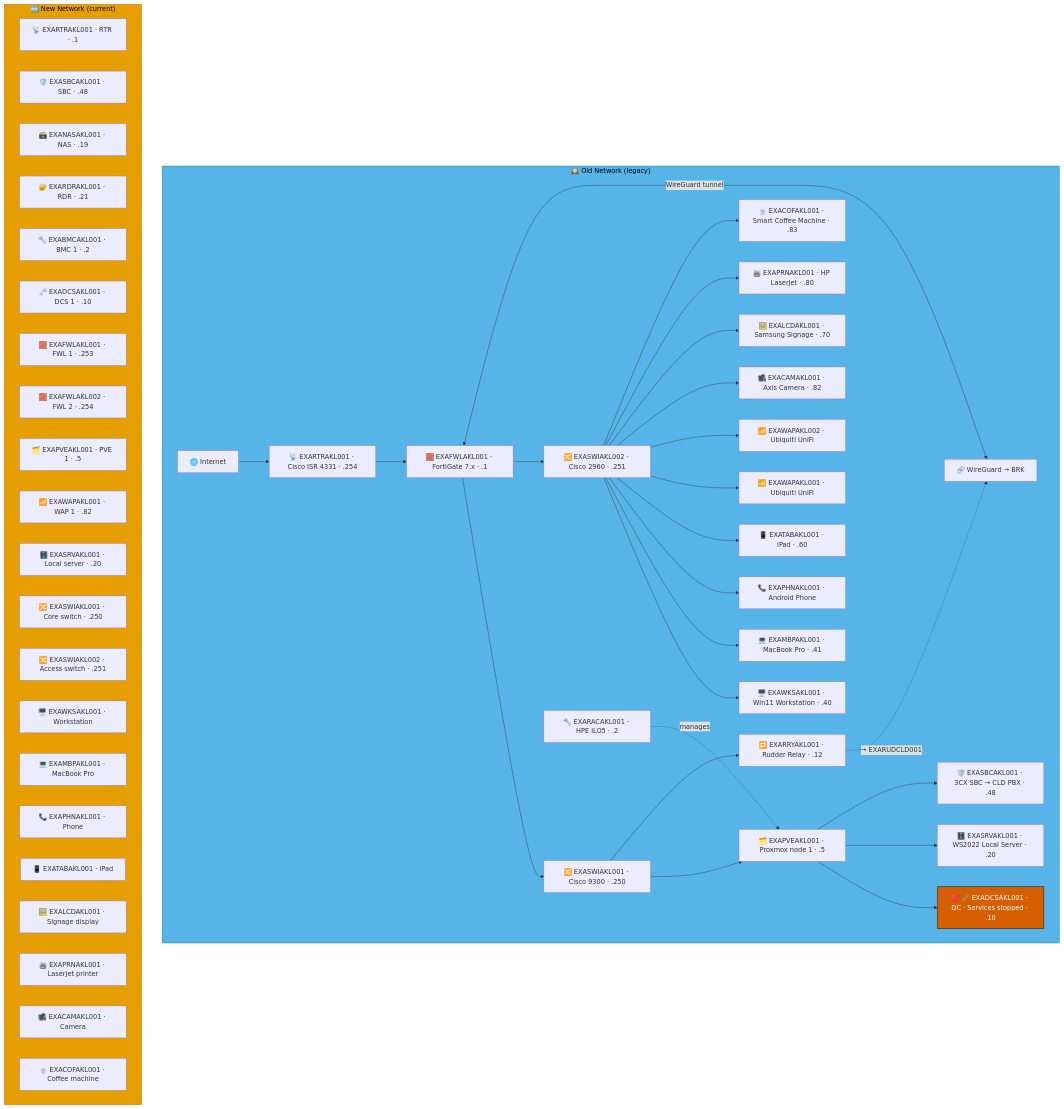
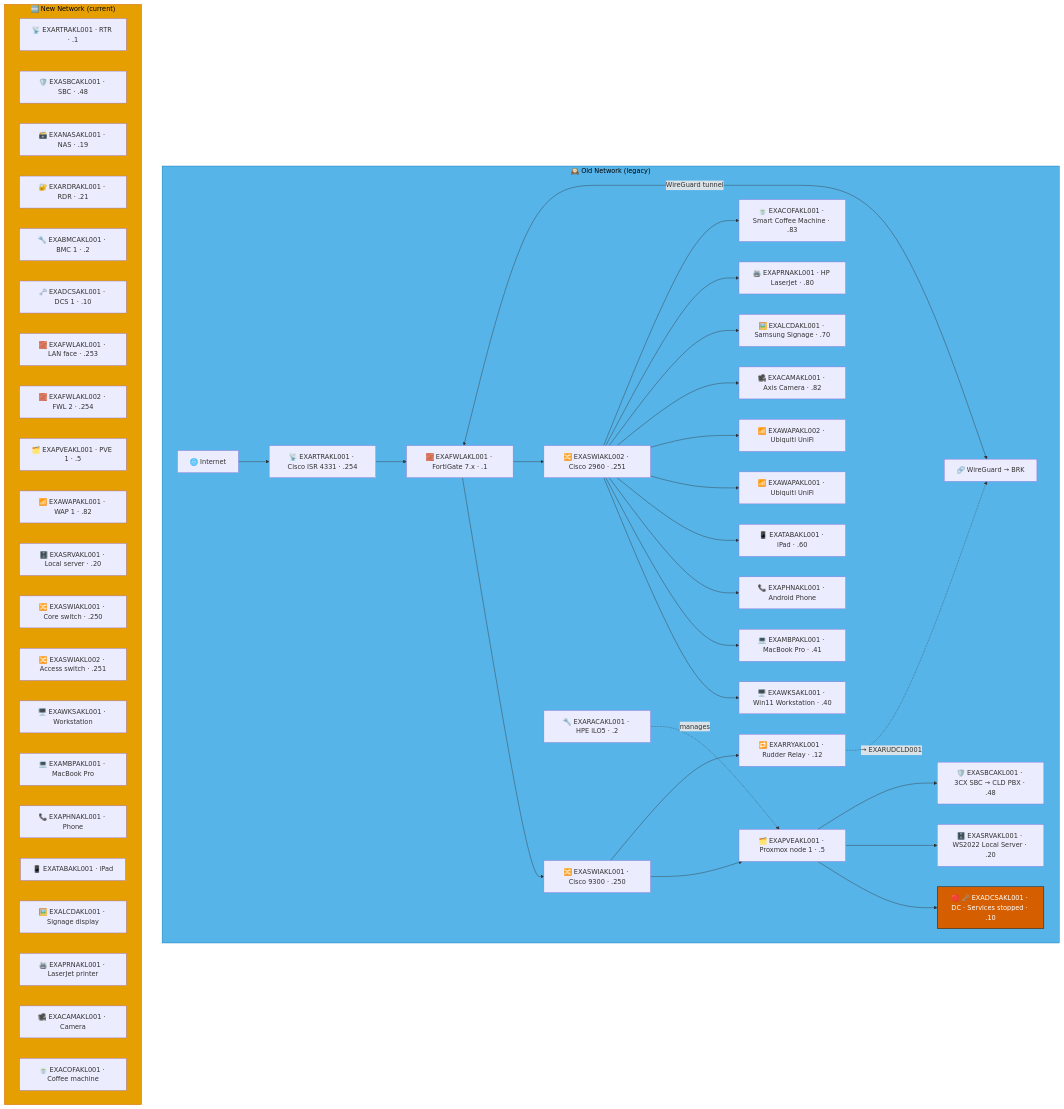
The diagram in docs/network-diagram/new-zealand.md (knightmare2600/example_music_infra), drawn with Mermaid before and after one commit. The commit also changed 17 other files, not shown here.

````diff
--- a/docs/network-diagram/new-zealand.md
+++ b/docs/network-diagram/new-zealand.md
@@ -17,66 +17,66 @@
 ```mermaid
 graph TD
     subgraph OLD_AKL ["🕰️ Old Network (legacy)"]
       INET["🌐 Internet"]
       FWL["🧱 EXAFWLAKL001 · FortiGate 7.x · .1"]
       SW1["🔀 EXASWIAKL001 · Cisco 9300 · .250"]
       SW2["🔀 EXASWIAKL002 · Cisco 2960 · .251"]
       RTR["📡 EXARTRAKL001 · Cisco ISR 4331 · .254"]
       RAC["🔧 EXARACAKL001 · HPE iLO5 · .2"]
       PVE["🗂️ EXAPVEAKL001 · Proxmox node 1 · .5"]
       DC["🔴 🗝️ EXADCSAKL001 · DC · Services stopped · .10"]
       SRV["🗄️ EXASRVAKL001 · WS2022 Local Server · .20"]
       SBC["🛡️ EXASBCAKL001 · 3CX SBC → CLD PBX · .48"]
       RRY["🔁 EXARRYAKL001 · Rudder Relay · .12"]
       WKS["🖥️ EXAWKSAKL001 · Win11 Workstation · .40"]
       MBP["💻 EXAMBPAKL001 · MacBook Pro · .41"]
       PHN["📞 EXAPHNAKL001 · Android Phone"]
       TAB["📱 EXATABAKL001 · iPad · .60"]
       WAP1["📶 EXAWAPAKL001 · Ubiquiti UniFi"]
       WAP2["📶 EXAWAPAKL002 · Ubiquiti UniFi"]
       CAM["🎥 EXACAMAKL001 · Axis Camera · .82"]
       LCD["🖼️ EXALCDAKL001 · Samsung Signage · .70"]
       PRN["🖨️ EXAPRNAKL001 · HP LaserJet · .80"]
       COF["🍵 EXACOFAKL001 · Smart Coffee Machine · .83"]
       VPN["🔗 WireGuard → BRK"]
 
       INET --> RTR --> FWL --> SW1 & SW2
       SW1 --> PVE --> DC & SRV & SBC
       RAC -.->|"manages"| PVE
       SW2 --> WKS & MBP & PHN & TAB & WAP1 & WAP2
       SW2 --> CAM & LCD & PRN & COF
       FWL <-->|"WireGuard tunnel"| VPN
 
       SW1 --> RRY
       RRY -. "→ EXARUDCLD001" .-> VPN
     end
     style OLD_AKL fill:#56B4E9,stroke:#0072B2,color:#000000
     %% GENERATED:NEW-NETWORK:AKL:START
     subgraph NEW_AKL ["🆕 New Network (current)"]
       N_RTR["📡 EXARTRAKL001 · RTR · .1"]
       N_SBC["🛡️ EXASBCAKL001 · SBC · .48"]
       N_NAS["🗃️ EXANASAKL001 · NAS · .19"]
       N_RDR["🔐 EXARDRAKL001 · RDR · .21"]
       N_BMC["🔧 EXABMCAKL001 · BMC 1 · .2"]
       N_DCS["🗝️ EXADCSAKL001 · DCS 1 · .10"]
-      N_FWL["🧱 EXAFWLAKL001 · FWL 1 · .253"]
+      N_FWL["🧱 EXAFWLAKL001 · LAN face · .253"]
       N_FWL2["🧱 EXAFWLAKL002 · FWL 2 · .254"]
       N_PVE["🗂️ EXAPVEAKL001 · PVE 1 · .5"]
       N_WAP["📶 EXAWAPAKL001 · WAP 1 · .82"]
       N_SRV["🗄️ EXASRVAKL001 · Local server · .20"]
       N_SWI["🔀 EXASWIAKL001 · Core switch · .250"]
       N_SWI2["🔀 EXASWIAKL002 · Access switch · .251"]
       N_WKS["🖥️ EXAWKSAKL001 · Workstation"]
       N_MBP["💻 EXAMBPAKL001 · MacBook Pro"]
       N_PHN["📞 EXAPHNAKL001 · Phone"]
       N_TAB["📱 EXATABAKL001 · iPad"]
       N_LCD["🖼️ EXALCDAKL001 · Signage display"]
       N_PRN["🖨️ EXAPRNAKL001 · LaserJet printer"]
       N_CAM["🎥 EXACAMAKL001 · Camera"]
       N_COF["🍵 EXACOFAKL001 · Coffee machine"]
     end
     style NEW_AKL fill:#E69F00,stroke:#D55E00,color:#000000
     %% GENERATED:NEW-NETWORK:AKL:END
     classDef warn fill:#D55E00,stroke:#000000,color:#ffffff
     class DC warn
 ```
````
